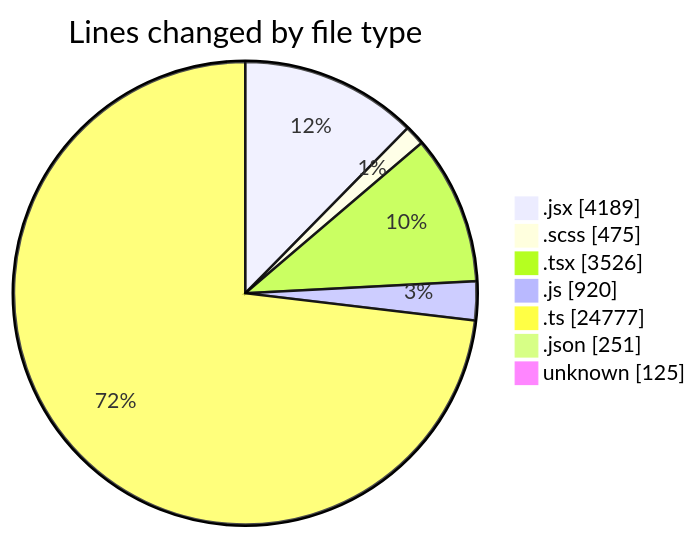
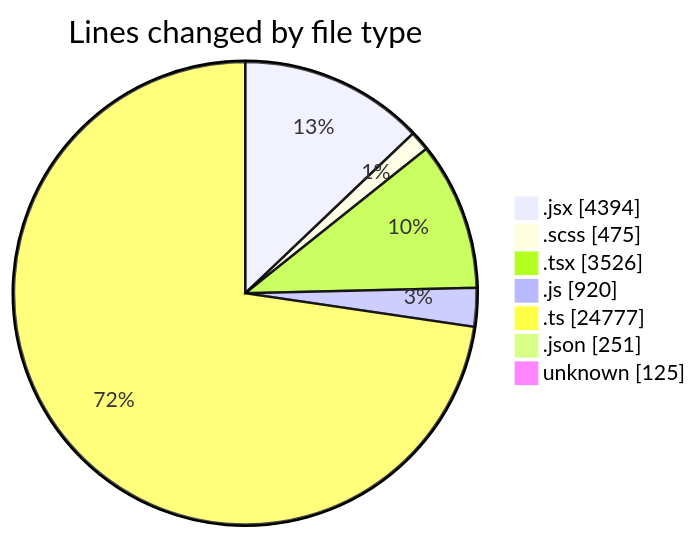
Before and after one commit to momahboobian/code-tracking: the first of 2 diagrams in 2026-09-02/cda/README.md, drawn with Mermaid. The commit also changed other lines of this file and 1 other file, not shown here.

````diff
--- a/2026-09-02/cda/README.md
+++ b/2026-09-02/cda/README.md
@@ -77,11 +77,11 @@
 ```mermaid
 pie showData
 title Lines changed by file type
-".jsx" : 4189
+".jsx" : 4394
 ".scss" : 475
 ".tsx" : 3526
 ".js" : 920
 ".ts" : 24777
 ".json" : 251
 "unknown" : 125
 ```
````
